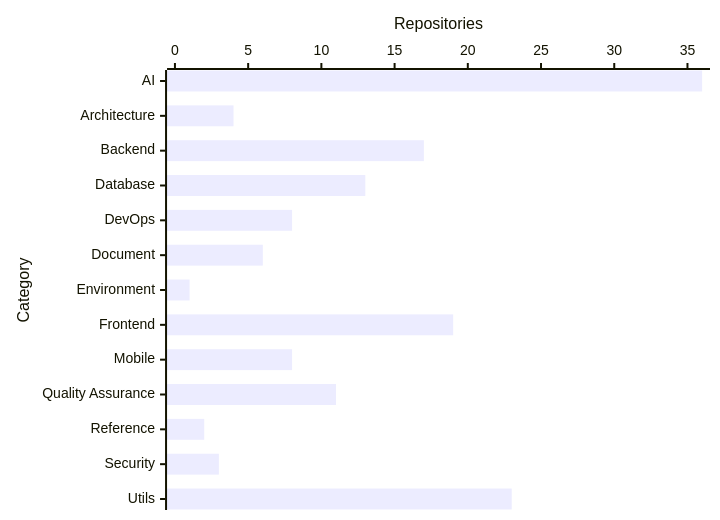
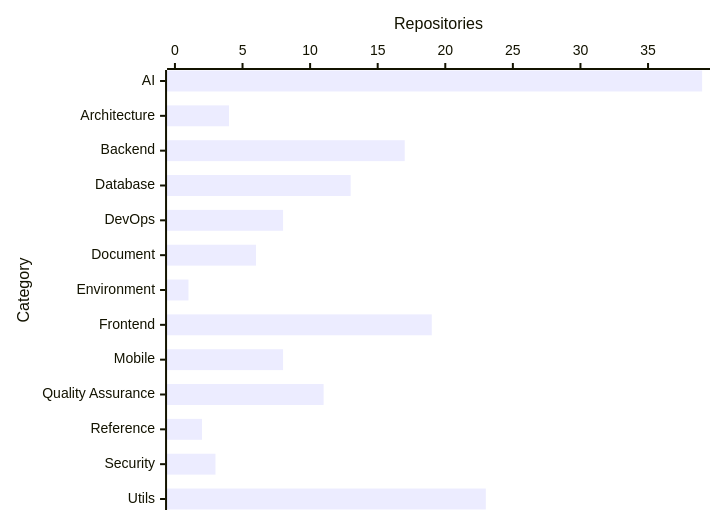
One commit to prawee/resource changed the diagram in README.md. Above: the diagram before and after it, drawn with Mermaid. The commit also changed other lines of this file, not shown here.

````diff
--- a/README.md
+++ b/README.md
@@ -11,6 +11,6 @@
 ```mermaid
 xychart-beta horizontal
     x-axis "Category" ["AI", "Architecture", "Backend", "Database", "DevOps", "Document", "Environment", "Frontend", "Mobile", "Quality Assurance", "Reference", "Security", "Utils"]
-    y-axis "Repositories" 0 --> 36
-    bar [36, 4, 17, 13, 8, 6, 1, 19, 8, 11, 2, 3, 23]
+    y-axis "Repositories" 0 --> 39
+    bar [39, 4, 17, 13, 8, 6, 1, 19, 8, 11, 2, 3, 23]
 ```
````
